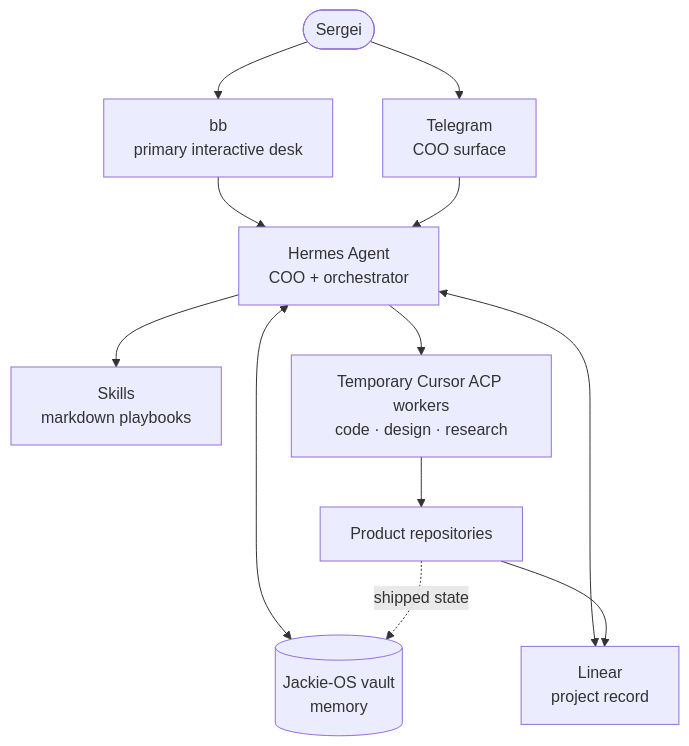
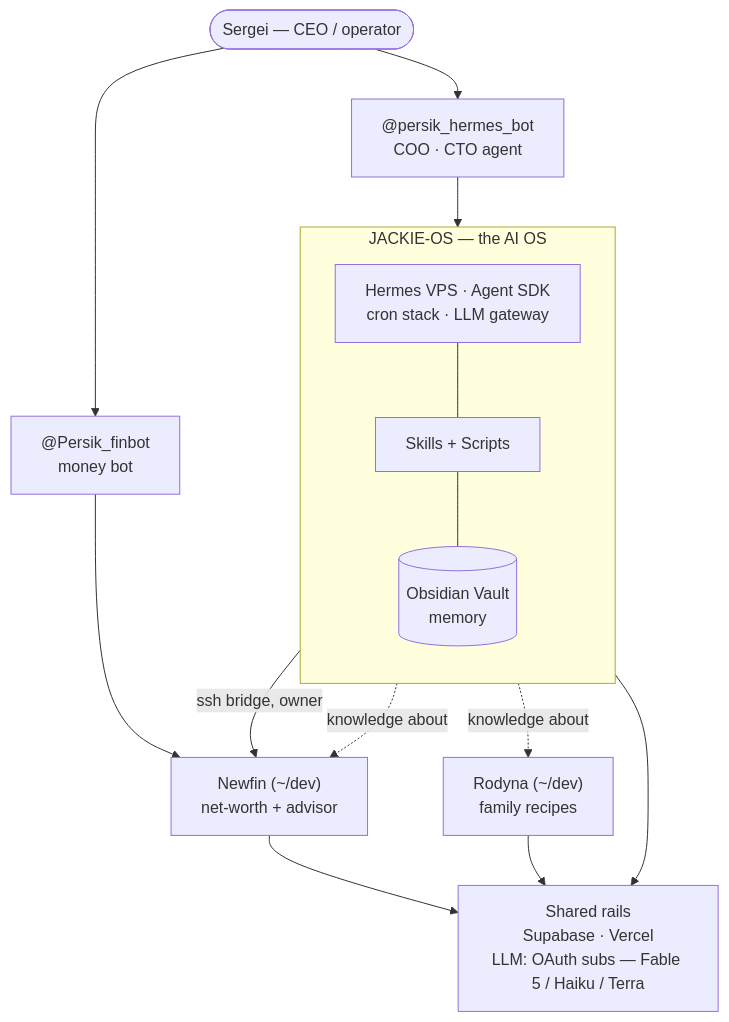
One commit to sc-jackie/sergeichan changed the diagram in docs-src/content/docs/architecture.md. Above: the diagram before and after it, drawn with Mermaid. The commit also changed other lines of this file and 296 other files, not shown here.

First line of the commit message:
docs: Cursor desk on the live Jackie-OS site

````diff
--- a/docs-src/content/docs/architecture.md
+++ b/docs-src/content/docs/architecture.md
@@ -8,24 +10,27 @@
 ```mermaid
 flowchart TB
-    SERGEI(["Sergei"])
-    BB["bb<br/>primary interactive desk"]
-    TELEGRAM["Telegram<br/>COO surface"]
-    HERMES["Hermes Agent<br/>COO + orchestrator"]
-    VAULT[("Jackie-OS vault<br/>memory")]
-    SKILLS["Skills<br/>markdown playbooks"]
-    LINEAR["Linear<br/>project record"]
-    WORKERS["Temporary Cursor ACP workers<br/>code · design · research"]
-    REPOS["Product repositories"]
+    SERGEI(["Sergei — CEO / operator"])
+    FINBOT["@Persik_finbot<br>money bot"]
+    HERMESBOT["@persik_hermes_bot<br>COO · CTO agent"]
+    subgraph JOS["JACKIE-OS — the AI OS"]
+        direction TB
+        HERMES["Hermes VPS · Agent SDK<br>cron stack · LLM gateway"]
+        SKILLS["Skills + Scripts"]
+        VAULT[("Obsidian Vault<br>memory")]
+        HERMES --- SKILLS --- VAULT
+    end
+    NEWFIN["Newfin (~/dev)<br>net-worth + advisor"]
+    RODYNA["Rodyna (~/dev)<br>family recipes"]
+    RAILS["Shared rails<br>Supabase · Vercel<br>LLM: OAuth subs — Fable 5 / Haiku / Terra"]
 
-    SERGEI --> BB
-    SERGEI --> TELEGRAM
-    BB --> HERMES
-    TELEGRAM --> HERMES
-    HERMES <--> VAULT
-    HERMES --> SKILLS
-    HERMES <--> LINEAR
-    HERMES --> WORKERS
-    WORKERS --> REPOS
-    REPOS --> LINEAR
-    REPOS -. "shipped state" .-> VAULT
+    SERGEI --> FINBOT
+    SERGEI --> HERMESBOT
+    HERMESBOT --> JOS
+    FINBOT --> NEWFIN
+    JOS -->|ssh bridge, owner| NEWFIN
+    JOS -.->|knowledge about| NEWFIN
+    JOS -.->|knowledge about| RODYNA
+    NEWFIN --> RAILS
+    RODYNA --> RAILS
+    JOS --> RAILS
 ```
````
